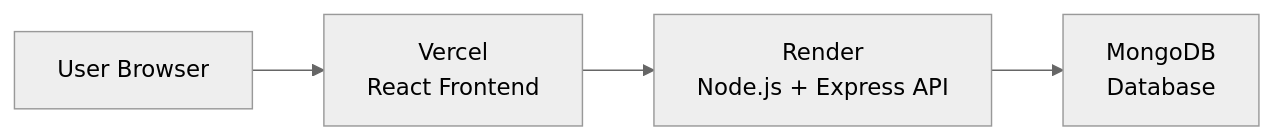
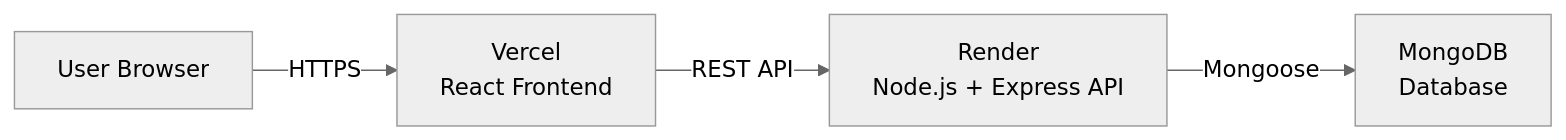
One commit to kasimshah19/Smart-Municipal-Management-Platform changed the fifth of 5 diagrams in README.md. Above: the diagram before and after it, drawn with Mermaid (neutral theme). The commit also changed other lines of this file, not shown here.

````diff
--- a/README.md
+++ b/README.md
@@ -442,11 +726,11 @@
 ```mermaid
 flowchart LR
     User["User Browser"]
     Vercel["Vercel\nReact Frontend"]
     Render["Render\nNode.js + Express API"]
     Mongo["MongoDB\nDatabase"]
     
-    User --> Vercel
-    Vercel --> Render
-    Render --> Mongo
+    User -->|HTTPS| Vercel
+    Vercel -->|REST API| Render
+    Render -->|Mongoose| Mongo
 ```
````
